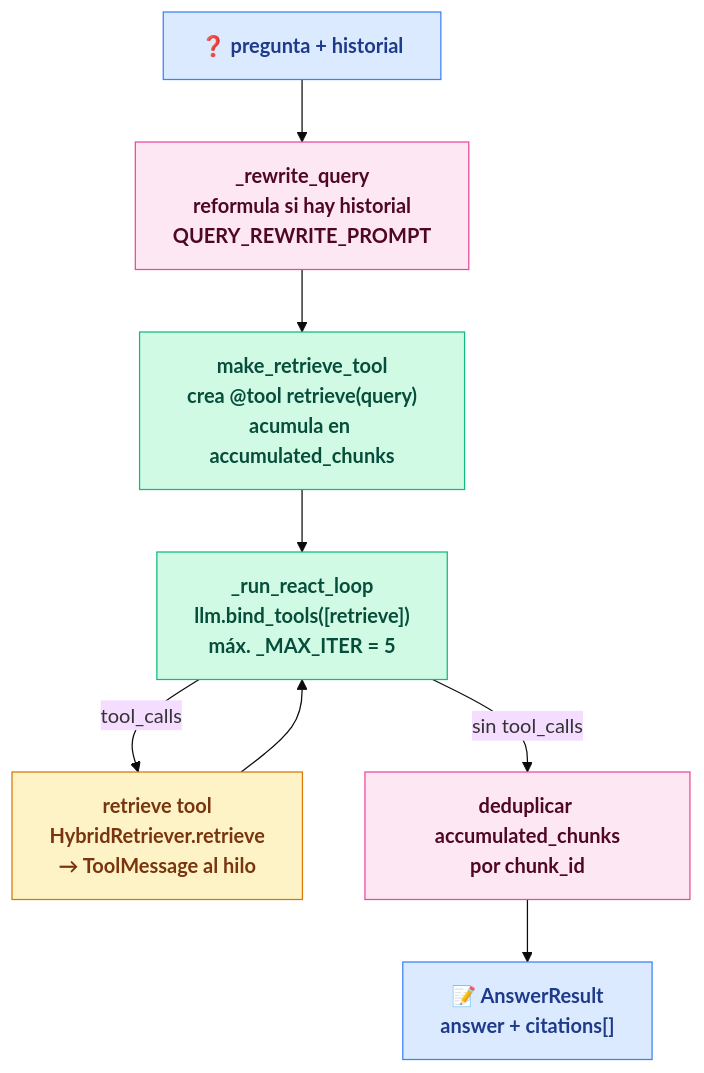
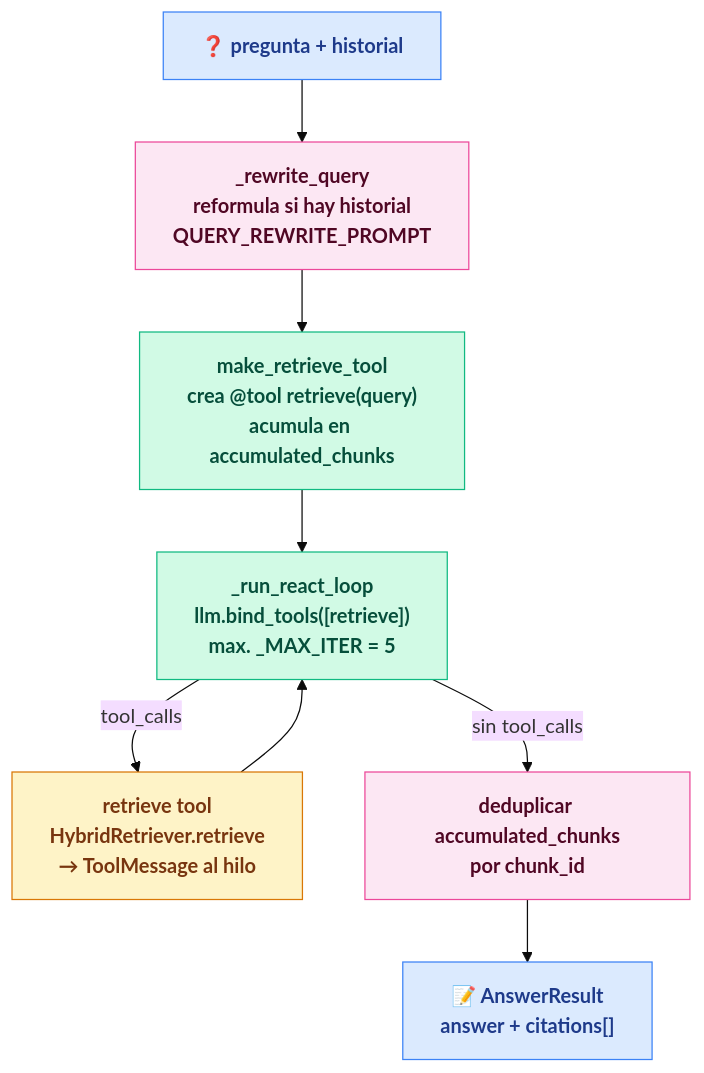
One commit to lambdaloopers/papers-and-car-manuals-rag changed the fifth of 9 diagrams in ARCHITECTURE.md. Above: the diagram before and after it, drawn with Mermaid. The commit also changed other lines of this file and 2 other files, not shown here.

Commit message:
Refactor architecture documentation for clarity and consistency. Update section titles to English and enhance descriptions of ingestion and retrieval processes. Remove outdated groundedness evaluation documentation as it is no longer needed.

````diff
--- a/ARCHITECTURE.md
+++ b/ARCHITECTURE.md
@@ -240,26 +184,26 @@
 ```mermaid
 %%{init: {'theme': 'base', 'securityLevel': 'loose', 'flowchart': {'htmlLabels': true}}}%%
 flowchart TD
     classDef io        fill:#DBEAFE,stroke:#3B82F6,color:#1E3A8A,font-weight:bold
     classDef chain     fill:#FCE7F3,stroke:#EC4899,color:#500724,font-weight:bold
     classDef retrieval fill:#FEF3C7,stroke:#D97706,color:#78350F,font-weight:bold
     classDef llm       fill:#F3E8FF,stroke:#A855F7,color:#3B0764,font-weight:bold
     classDef agent     fill:#D1FAE5,stroke:#10B981,color:#064E3B,font-weight:bold
 
     Q["❓ pregunta + historial"]:::io --> REWRITE
 
     REWRITE["_rewrite_query<br/>reformula si hay historial<br/>QUERY_REWRITE_PROMPT"]:::chain
     REWRITE --> TOOL
 
     TOOL["make_retrieve_tool<br/>crea @tool retrieve(query)<br/>acumula en accumulated_chunks"]:::agent
     TOOL --> LOOP
 
-    LOOP["_run_react_loop<br/>llm.bind_tools([retrieve])<br/>máx. _MAX_ITER = 5"]:::agent
+    LOOP["_run_react_loop<br/>llm.bind_tools([retrieve])<br/>max. _MAX_ITER = 5"]:::agent
     LOOP -->|tool_calls| EXEC
     EXEC["retrieve tool<br/>HybridRetriever.retrieve<br/>→ ToolMessage al hilo"]:::retrieval
     EXEC --> LOOP
     LOOP -->|sin tool_calls| DEDUP
 
     DEDUP["deduplicar accumulated_chunks<br/>por chunk_id"]:::chain
     DEDUP --> OUT["📝 AnswerResult<br/>answer + citations[]"]:::io
 ```
````
